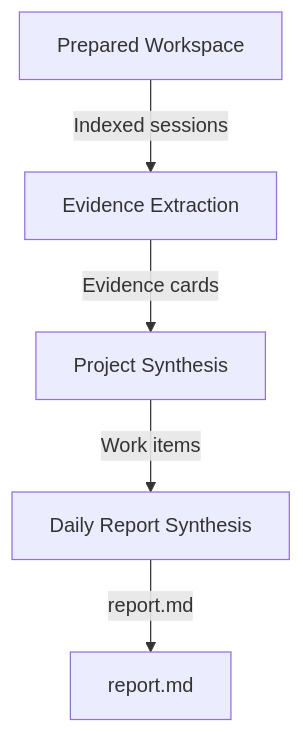
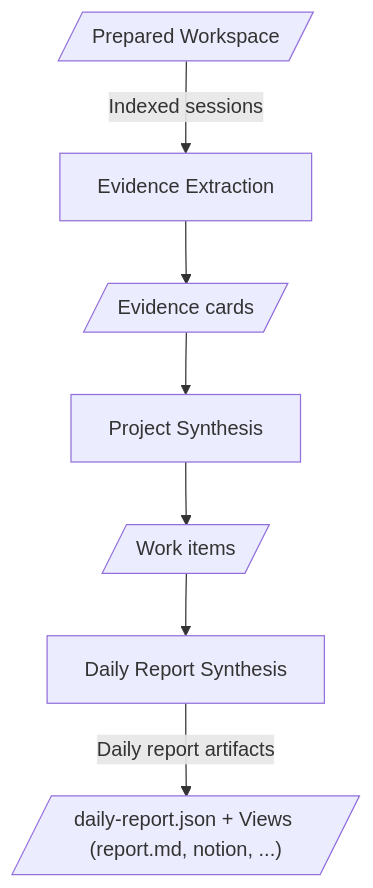
One commit to OptimalCNC/prompt-diary changed the diagram in docs/src/generate/index.md. Above: the diagram before and after it, drawn with Mermaid. The commit also changed other lines of this file and 3 other files, not shown here.

Commit message:
Document daily report semantic model

````diff
--- a/docs/src/generate/index.md
+++ b/docs/src/generate/index.md
@@ -38,13 +44,17 @@
 ```mermaid
 flowchart TD
-    workspace["Prepared Workspace"]
+    workspace[/Prepared Workspace/]
     evidence["Evidence Extraction"]
+    evidence_cards[/Evidence cards/]
     project["Project Synthesis"]
+    work_items[/Work items/]
     report["Daily Report Synthesis"]
-    final["report.md"]
+    final[/"daily-report.json + Views (report.md, notion, ...)"/]
 
     workspace -->|"Indexed sessions"| evidence
-    evidence -->|"Evidence cards"| project
-    project -->|"Work items"| report
-    report -->|"report.md"| final
+    evidence --> evidence_cards
+    evidence_cards --> project
+    project --> work_items
+    work_items --> report
+    report -->|"Daily report artifacts"| final
 ```
````
